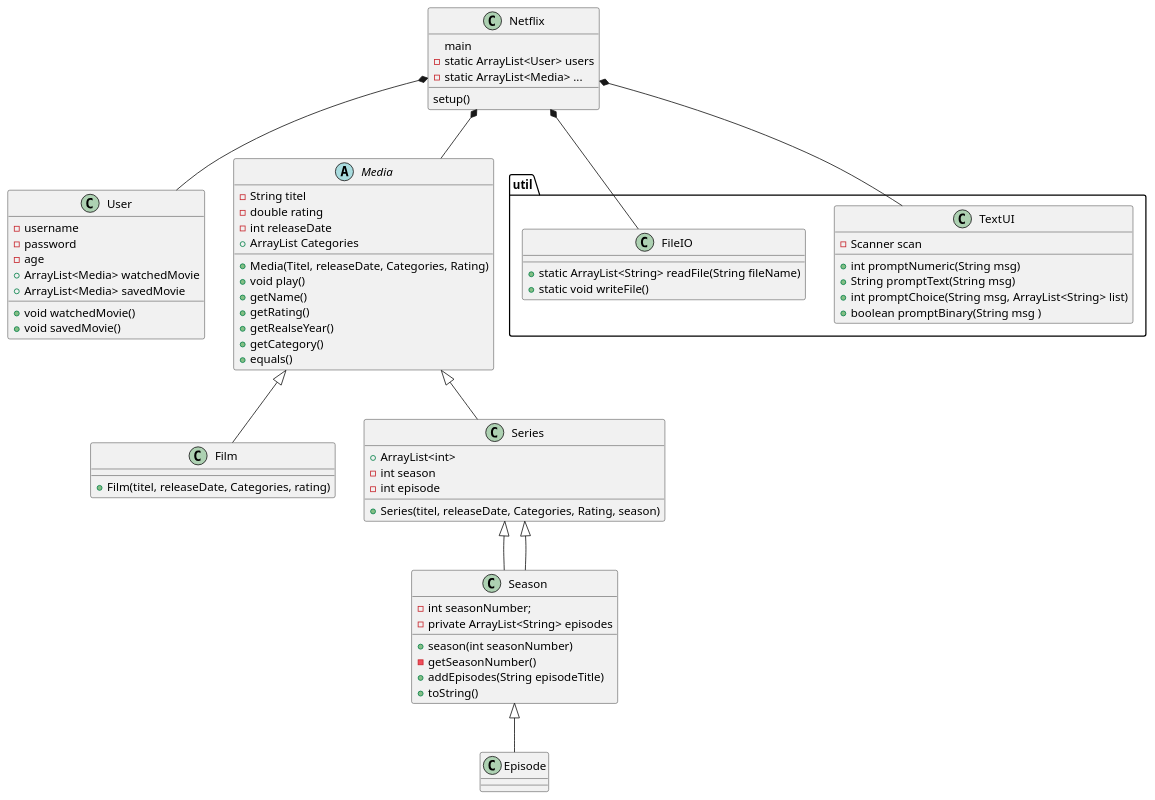
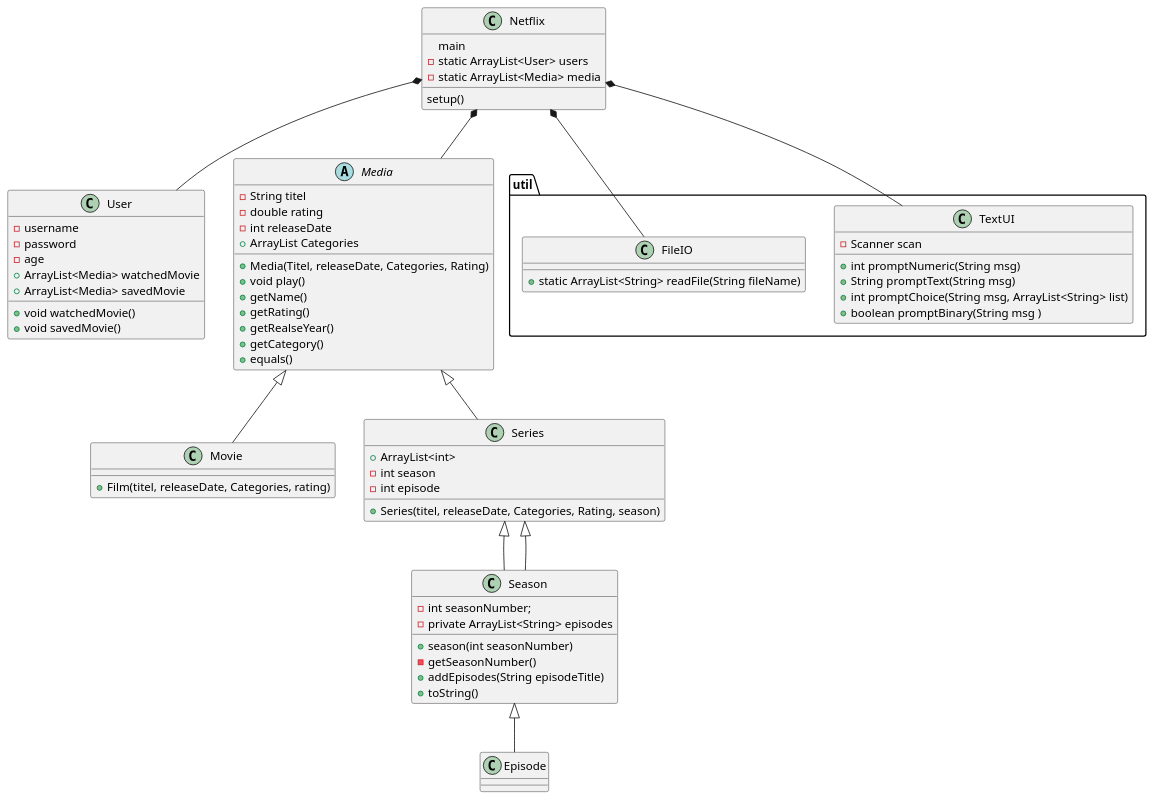
Before and after one commit to MariamE04/SP3-new: the diagram in UML/Netfix.puml, drawn with PlantUML. The commit also changed 2 other files, not shown here.

```diff
--- a/UML/Netfix.puml
+++ b/UML/Netfix.puml
@@ -1,75 +1,74 @@
 @startuml
 'https://plantuml.com/class-diagram
 
 class Netflix{
 main
 setup()
 -static ArrayList<User> users
--static ArrayList<Media> ...
+-static ArrayList<Media> media
 }
 class User{
 - username
 - password
 - age
 + ArrayList<Media> watchedMovie
 + ArrayList<Media> savedMovie
 + void watchedMovie()
 + void savedMovie()
  }
 
 abstract class Media{
 -String titel
 -double rating
 -int releaseDate
  +ArrayList Categories
  +Media(Titel, releaseDate, Categories, Rating)
  + void play()
  +getName()
  +getRating()
  +getRealseYear()
  +getCategory()
  +equals()
 
 }
-class Film{
+class Movie{
 +Film(titel, releaseDate, Categories, rating)
 }
 class Series {
 + ArrayList<int>
 -int season
 -int episode
 +Series(titel, releaseDate, Categories, Rating, season)
 }
 class Season extends Series{
 -int seasonNumber;
 -private ArrayList<String> episodes
 +season(int seasonNumber)
 -getSeasonNumber()
 +addEpisodes(String episodeTitle)
 +toString()
 }
 
 
 package "util"{
 class TextUI{
 -Scanner scan
 + int promptNumeric(String msg)
 + String promptText(String msg)
 + int promptChoice(String msg, ArrayList<String> list)
 + boolean promptBinary(String msg )
 }
 class FileIO{
 +static ArrayList<String> readFile(String fileName)
-+static void writeFile()
     }
 }
 
 Netflix *-- User
 Netflix *-- Media
-Media <|-- Film
+Media <|-- Movie
 Media <|-- Series
 Series <|-- Season
 Season <|-- Episode
 Netflix *-- FileIO
 Netflix *-- TextUI
 @enduml
```
